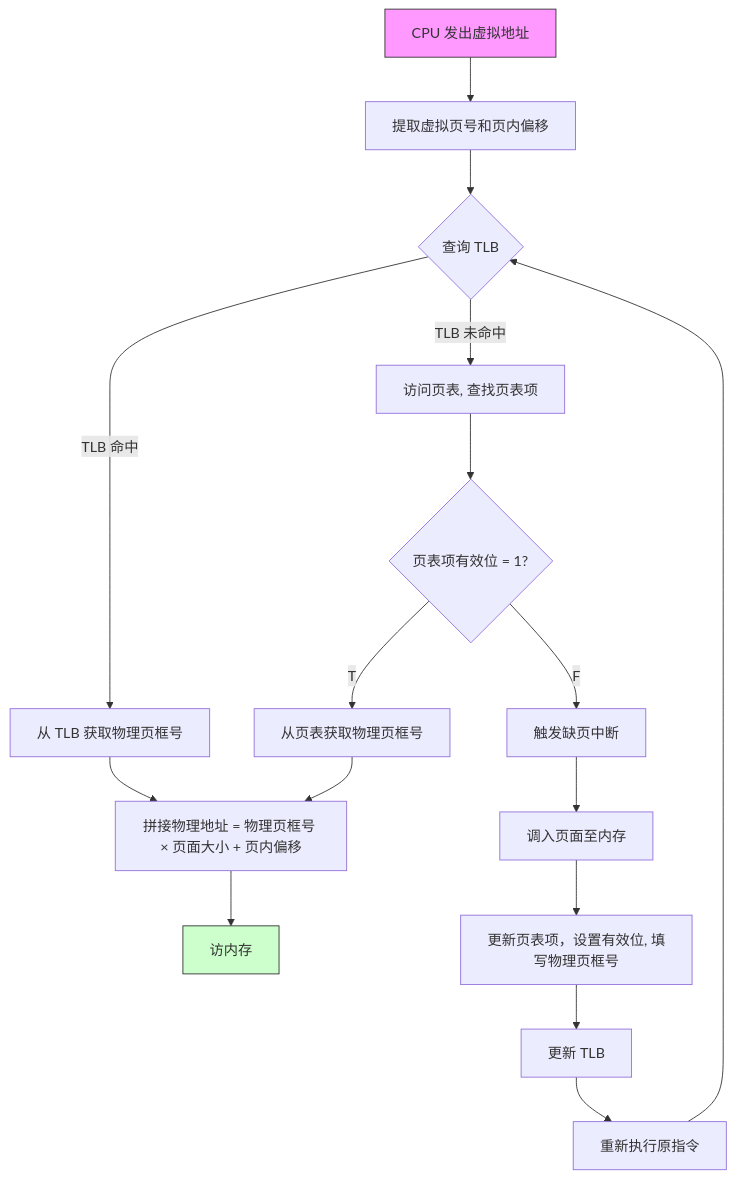
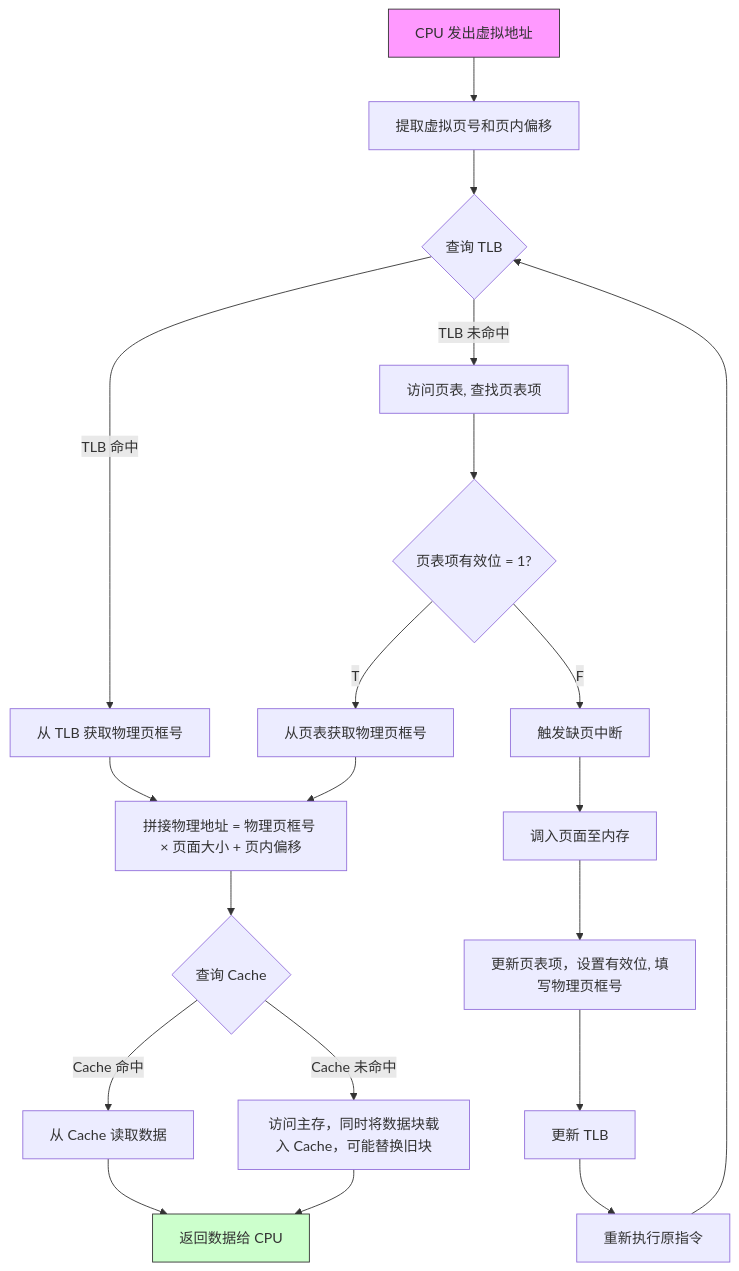
One commit to 7DaysWithU/ReviewDocs changed the diagram in computer408/os/chapter2_memory_manage.md. Above: the diagram before and after it, drawn with Mermaid. The commit also changed other lines of this file and 13 other files, not shown here.

````diff
--- a/computer408/os/chapter2_memory_manage.md
+++ b/computer408/os/chapter2_memory_manage.md
@@ -214,22 +214,26 @@
   ```mermaid
   graph TD
     A[CPU 发出虚拟地址] --> B[提取虚拟页号和页内偏移]
     B --> C{查询 TLB}
     C -- TLB 命中 --> D[从 TLB 获取物理页框号]
     C -- TLB 未命中 --> E[访问页表, 查找页表项]
     E --> F{页表项有效位 = 1?}
     F -- T --> G[从页表获取物理页框号]
     F -- F --> H[触发缺页中断]
     H --> I[调入页面至内存]
     I --> J[更新页表项，设置有效位, 填写物理页框号]
     J --> K[更新 TLB]
     K --> L[重新执行原指令]
     L --> C
 
     D --> M[拼接物理地址 = 物理页框号 × 页面大小 + 页内偏移]
     G --> M
-    M --> N[访内存]
-  
+    M --> N{查询 Cache}
+    N -- Cache 命中 --> O[从 Cache 读取数据]
+    N -- Cache 未命中 --> Q[访问主存，同时将数据块载入 Cache，可能替换旧块]
+    O --> S[返回数据给 CPU]
+    Q --> S
+
     style A fill:#f9f,stroke:#333
-    style N fill:#cfc,stroke:#333
+    style S fill:#cfc,stroke:#333
   ```
````
